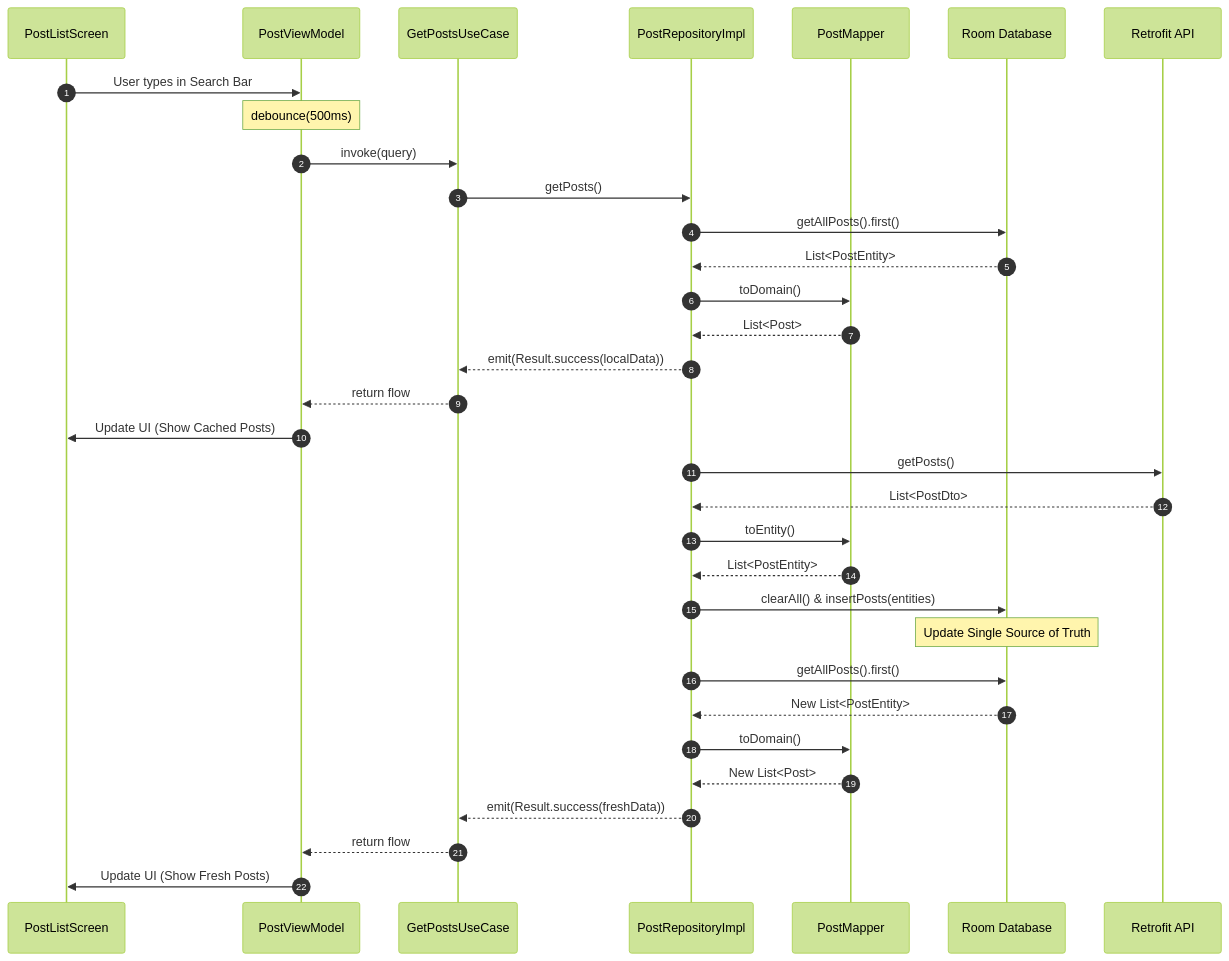
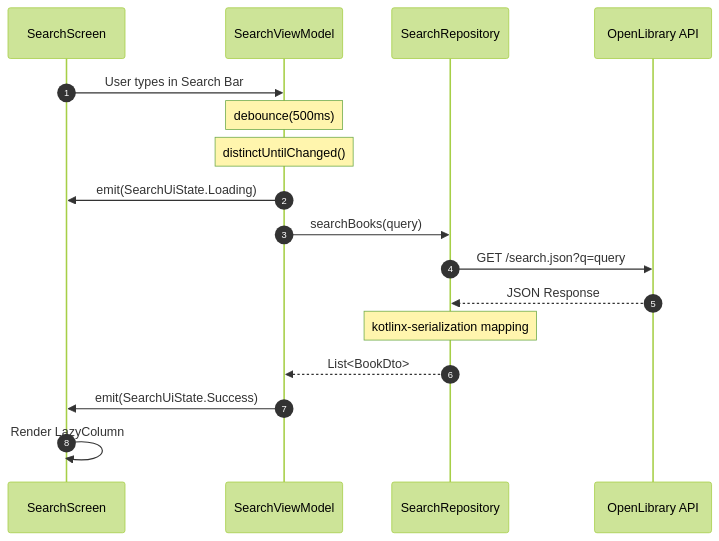
One commit to bogdandroid/CleanAndroidTemplate changed the second of 3 diagrams in README.md. Above: the diagram before and after it, drawn with Mermaid (forest theme). The commit also changed other lines of this file, not shown here.

Commit message:
docs: Update README for Koin/Ktor architecture

````diff
--- a/README.md
+++ b/README.md
@@ -91,43 +75,23 @@
 ```mermaid
 sequenceDiagram
     autonumber
-    participant UI as PostListScreen
-    participant VM as PostViewModel
-    participant UC as GetPostsUseCase
-    participant Repo as PostRepositoryImpl
-    participant Mapper as PostMapper
-    participant DB as Room Database
-    participant API as Retrofit API
+    participant UI as SearchScreen
+    participant VM as SearchViewModel
+    participant Repo as SearchRepository
+    participant API as OpenLibrary API
 
     UI->>VM: User types in Search Bar
     Note over VM: debounce(500ms)
-    VM->>UC: invoke(query)
-    UC->>Repo: getPosts()
+    Note over VM: distinctUntilChanged()
+    VM->>UI: emit(SearchUiState.Loading)
     
-    %% Cache Retrieval
-    Repo->>DB: getAllPosts().first()
-    DB-->>Repo: List<PostEntity>
-    Repo->>Mapper: toDomain()
-    Mapper-->>Repo: List<Post>
-    Repo-->>UC: emit(Result.success(localData))
-    UC-->>VM: return flow
-    VM->>UI: Update UI (Show Cached Posts)
-
     %% Network Synchronization
-    Repo->>API: getPosts()
-    API-->>Repo: List<PostDto>
-    Repo->>Mapper: toEntity()
-    Mapper-->>Repo: List<PostEntity>
+    VM->>Repo: searchBooks(query)
+    Repo->>API: GET /search.json?q=query
+    API-->>Repo: JSON Response
+    Note over Repo: kotlinx-serialization mapping
+    Repo-->>VM: List<BookDto>
     
-    Repo->>DB: clearAll() & insertPosts(entities)
-    Note over DB: Update Single Source of Truth
-    
-    %% Fresh Data Retrieval
-    Repo->>DB: getAllPosts().first()
-    DB-->>Repo: New List<PostEntity>
-    Repo->>Mapper: toDomain()
-    Mapper-->>Repo: New List<Post>
-    Repo-->>UC: emit(Result.success(freshData))
-    UC-->>VM: return flow
-    VM->>UI: Update UI (Show Fresh Posts)
+    VM->>UI: emit(SearchUiState.Success)
+    UI->>UI: Render LazyColumn
 ```
````
